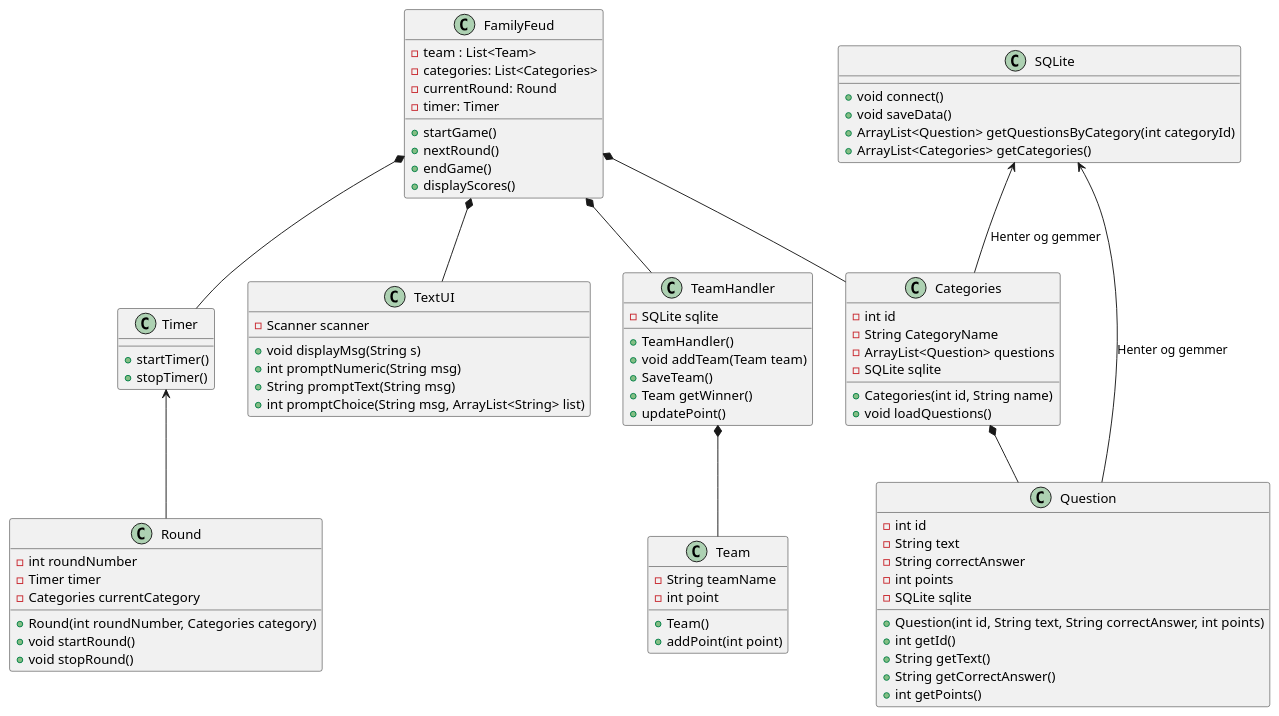
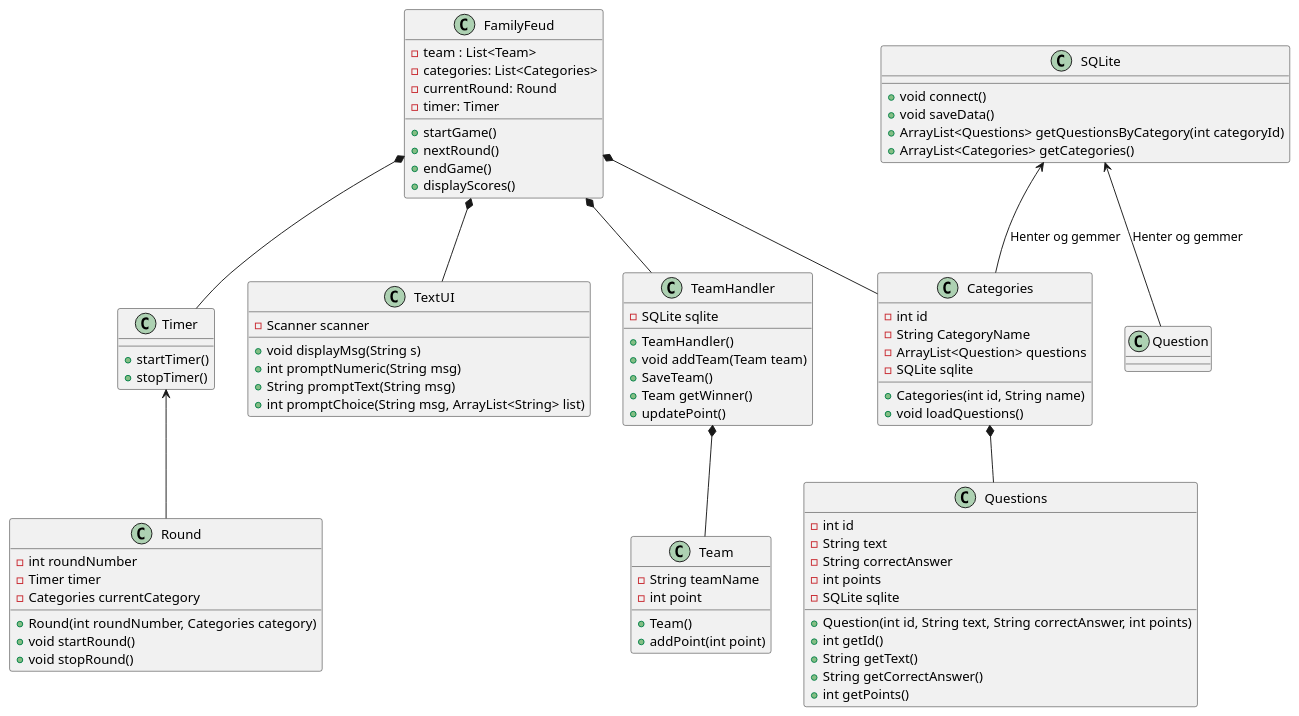
The diagram in UML/UML V1.puml (suzi558/ICE-project), drawn with PlantUML before and after one commit. The commit also changed 4 other files, not shown here.

Commit message:
lavet categories questions klasser (kun skrivet metoderne ind)

```diff
--- a/UML/UML V1.puml
+++ b/UML/UML V1.puml
@@ -1,83 +1,83 @@
 @startuml
 Class FamilyFeud{
 -team : List<Team>
 -categories: List<Categories>
 -currentRound: Round
 - timer: Timer
 + startGame()
 + nextRound()
 + endGame()
 + displayScores()
 }
 Class Categories{
 -int id
 -String CategoryName
 -ArrayList<Question> questions
 -SQLite sqlite
 +Categories(int id, String name)
 + void loadQuestions()
 }
 Class Team{
 - String teamName
 -int point
 +Team()
 +addPoint(int point)
 
 }
 Class TeamHandler{
 -SQLite sqlite
 +TeamHandler()
 +void addTeam(Team team)
 +SaveTeam()
 +Team getWinner()
 +updatePoint()
 }
 Class Timer{
 +startTimer()
 +stopTimer()
 }
-Class Question{
+Class Questions{
 -int id
 -String text
 -String correctAnswer
 -int points
 -SQLite sqlite
 +Question(int id, String text, String correctAnswer, int points)
 +int getId()
 +String getText()
 +String getCorrectAnswer()
 +int getPoints()
 }
 Class SQLite{
 +void connect()
 +void saveData()
-+ArrayList<Question> getQuestionsByCategory(int categoryId)
++ArrayList<Questions> getQuestionsByCategory(int categoryId)
 +ArrayList<Categories> getCategories()
 }
 Class TextUI{
 - Scanner scanner
 + void displayMsg(String s)
 + int promptNumeric(String msg)
 + String promptText(String msg)
 + int promptChoice(String msg, ArrayList<String> list)
 }
 Class Round{
  -int roundNumber
   -Timer timer
   -Categories currentCategory
   +Round(int roundNumber, Categories category)
   +void startRound()
   +void stopRound()
 }
 FamilyFeud *-- Categories
 FamilyFeud *-- TeamHandler
 FamilyFeud *-- Timer
 FamilyFeud *-- TextUI
 
-Categories *-- Question
+Categories *-- Questions
 TeamHandler *-- Team
 SQLite <-- Categories : "Henter og gemmer"
 SQLite <-- Question : "Henter og gemmer"
 Timer <-- Round
 
 @enduml
```
